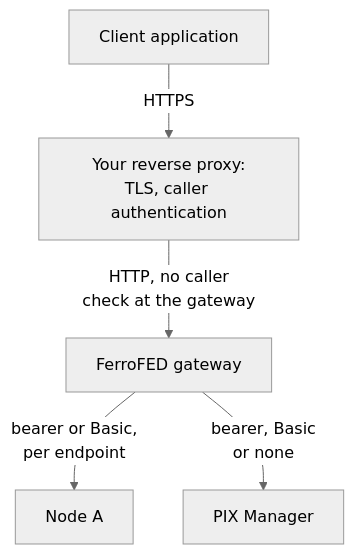
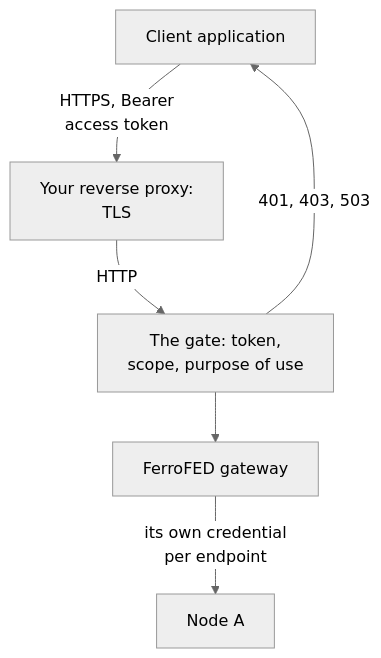
The first of 2 diagrams in website/book/src/how-it-works/trust-and-keys.md (FerroHEALTH/FerroFED), drawn with Mermaid (neutral theme) before and after one commit. The commit also changed other lines of this file and 16 other files, not shown here.

Commit message:
fix(server): keep the onward tests and the book in step with client authentication (#80)

````diff
--- a/website/book/src/how-it-works/trust-and-keys.md
+++ b/website/book/src/how-it-works/trust-and-keys.md
@@ -26,7 +27,8 @@
 ```mermaid
 flowchart TB
-    client["Client application"] -->|"HTTPS"| proxy["Your reverse proxy:<br/>TLS, caller authentication"]
-    proxy -->|"HTTP, no caller<br/>check at the gateway"| gw["FerroFED gateway"]
-    gw -->|"bearer or Basic,<br/>per endpoint"| node["Node A"]
-    gw -->|"bearer, Basic<br/>or none"| pix["PIX Manager"]
+    client["Client application"] -->|"HTTPS, Bearer<br/>access token"| proxy["Your reverse proxy:<br/>TLS"]
+    proxy -->|"HTTP"| gate["The gate: token,<br/>scope, purpose of use"]
+    gate -->|"401, 403, 503"| client
+    gate --> gw["FerroFED gateway"]
+    gw -->|"its own credential<br/>per endpoint"| node["Node A"]
 ```
````
